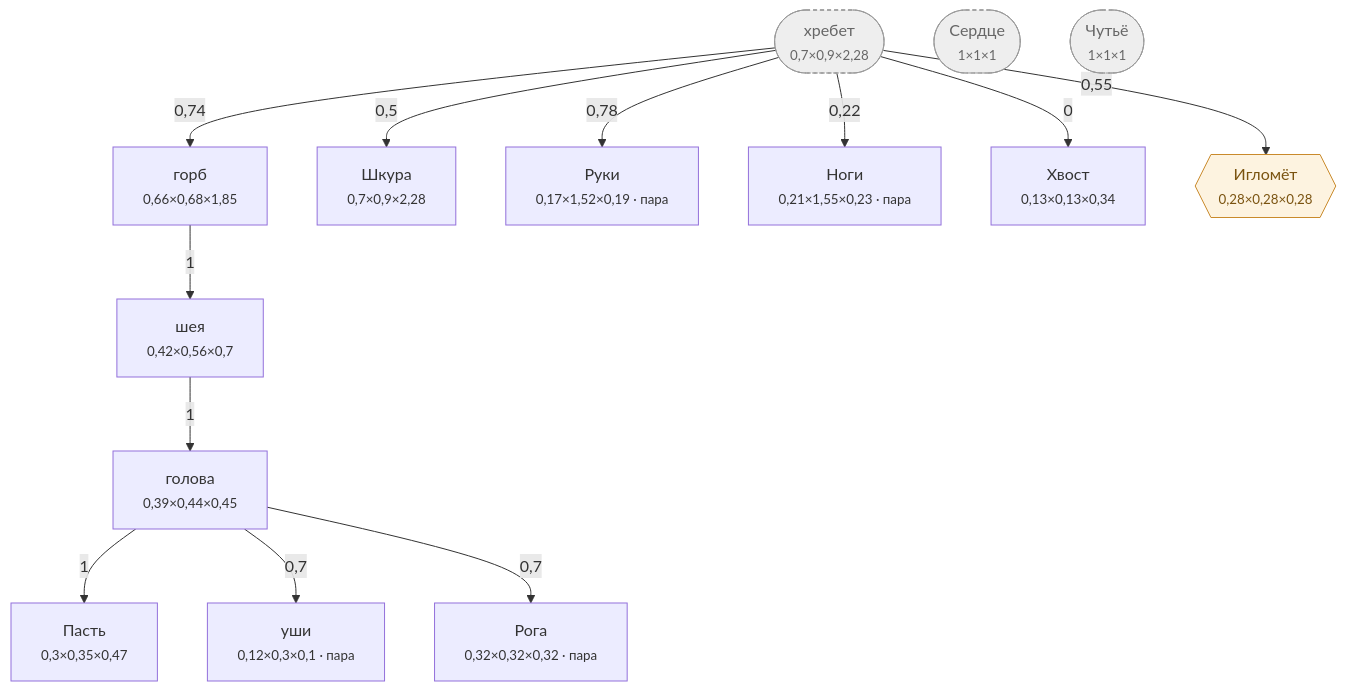
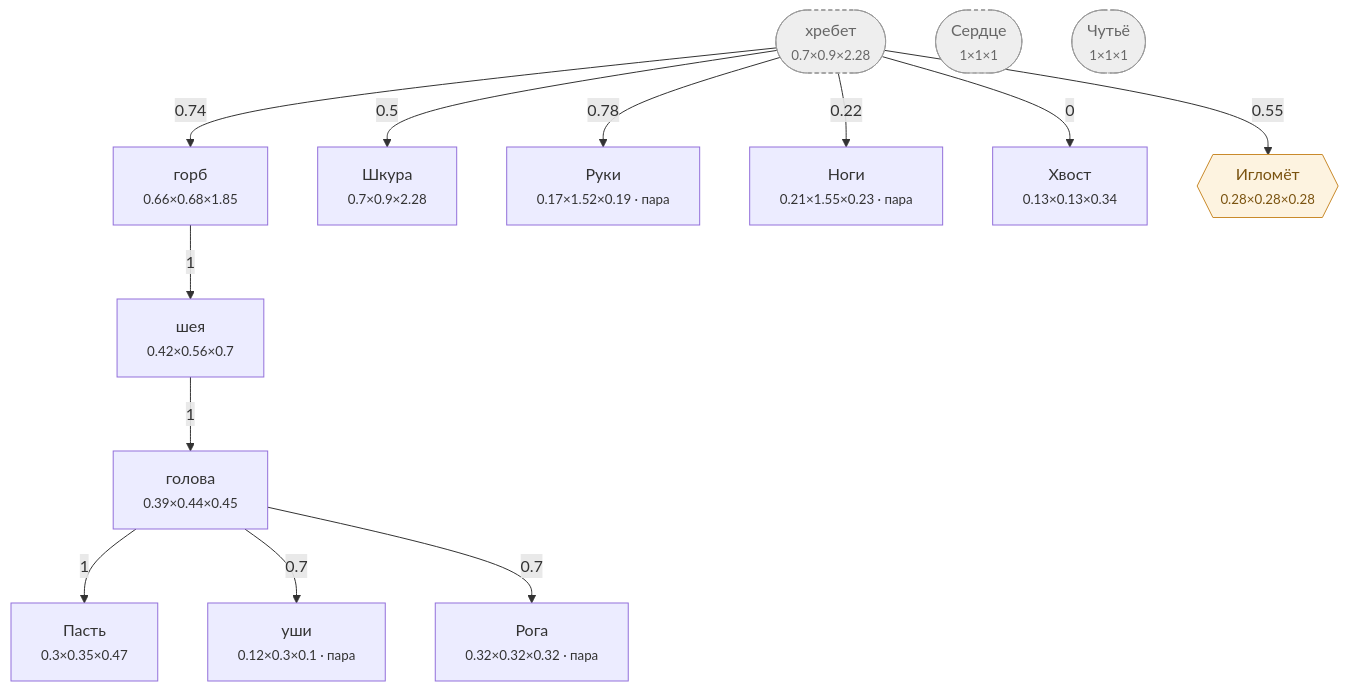
Before and after one commit to darklordshish/ChimeraEvolution-2026-06-26_15-29-59: the diagram in Docs/Диаграммы/Лось.md, drawn with Mermaid. The commit also changed other lines of this file and 5 other files, not shown here.

````diff
--- a/Docs/Диаграммы/Лось.md
+++ b/Docs/Диаграммы/Лось.md
@@ -22,35 +22,35 @@
 ```mermaid
 flowchart TD
-    n0(["хребет<br/><small>0,7×0,9×2,28</small>"])
-    n1["голова<br/><small>0,39×0,44×0,45</small>"]
-    n2["Пасть<br/><small>0,3×0,35×0,47</small>"]
-    n3["уши<br/><small>0,12×0,3×0,1 · пара</small>"]
-    n4["шея<br/><small>0,42×0,56×0,7</small>"]
-    n5["горб<br/><small>0,66×0,68×1,85</small>"]
-    n6["Шкура<br/><small>0,7×0,9×2,28</small>"]
-    n7["Руки<br/><small>0,17×1,52×0,19 · пара</small>"]
-    n8["Ноги<br/><small>0,21×1,55×0,23 · пара</small>"]
-    n9["Хвост<br/><small>0,13×0,13×0,34</small>"]
-    n10["Рога<br/><small>0,32×0,32×0,32 · пара</small>"]
+    n0(["хребет<br/><small>0.7×0.9×2.28</small>"])
+    n1["голова<br/><small>0.39×0.44×0.45</small>"]
+    n2["Пасть<br/><small>0.3×0.35×0.47</small>"]
+    n3["уши<br/><small>0.12×0.3×0.1 · пара</small>"]
+    n4["шея<br/><small>0.42×0.56×0.7</small>"]
+    n5["горб<br/><small>0.66×0.68×1.85</small>"]
+    n6["Шкура<br/><small>0.7×0.9×2.28</small>"]
+    n7["Руки<br/><small>0.17×1.52×0.19 · пара</small>"]
+    n8["Ноги<br/><small>0.21×1.55×0.23 · пара</small>"]
+    n9["Хвост<br/><small>0.13×0.13×0.34</small>"]
+    n10["Рога<br/><small>0.32×0.32×0.32 · пара</small>"]
     n11(["Сердце<br/><small>1×1×1</small>"])
     n12(["Чутьё<br/><small>1×1×1</small>"])
-    n13{{"Игломёт<br/><small>0,28×0,28×0,28</small>"}}
+    n13{{"Игломёт<br/><small>0.28×0.28×0.28</small>"}}
 
     n4 -->|1| n1
     n1 -->|1| n2
-    n1 -->|0,7| n3
+    n1 -->|0.7| n3
     n5 -->|1| n4
-    n0 -->|0,74| n5
-    n0 -->|0,5| n6
-    n0 -->|0,78| n7
-    n0 -->|0,22| n8
+    n0 -->|0.74| n5
+    n0 -->|0.5| n6
+    n0 -->|0.78| n7
+    n0 -->|0.22| n8
     n0 -->|0| n9
-    n1 -->|0,7| n10
-    n0 -->|0,55| n13
+    n1 -->|0.7| n10
+    n0 -->|0.55| n13
 
     classDef hid fill:#eee,stroke:#999,stroke-dasharray:4 3,color:#666
     classDef gr fill:#fdf3e0,stroke:#c98a2b,color:#7a5310
     classDef ch fill:#e8f2ff,stroke:#3b74c4,color:#1c3f70
     class n0,n11,n12 hid
     class n13 gr
 ```
````
